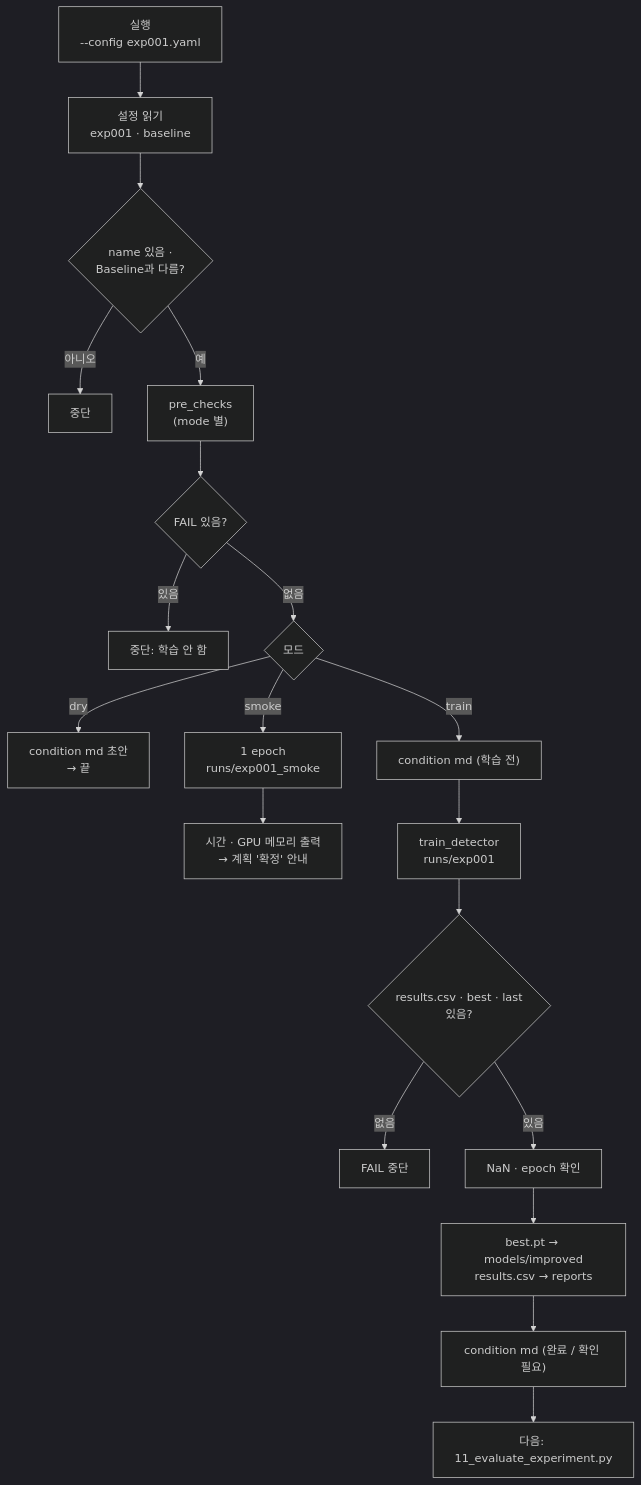
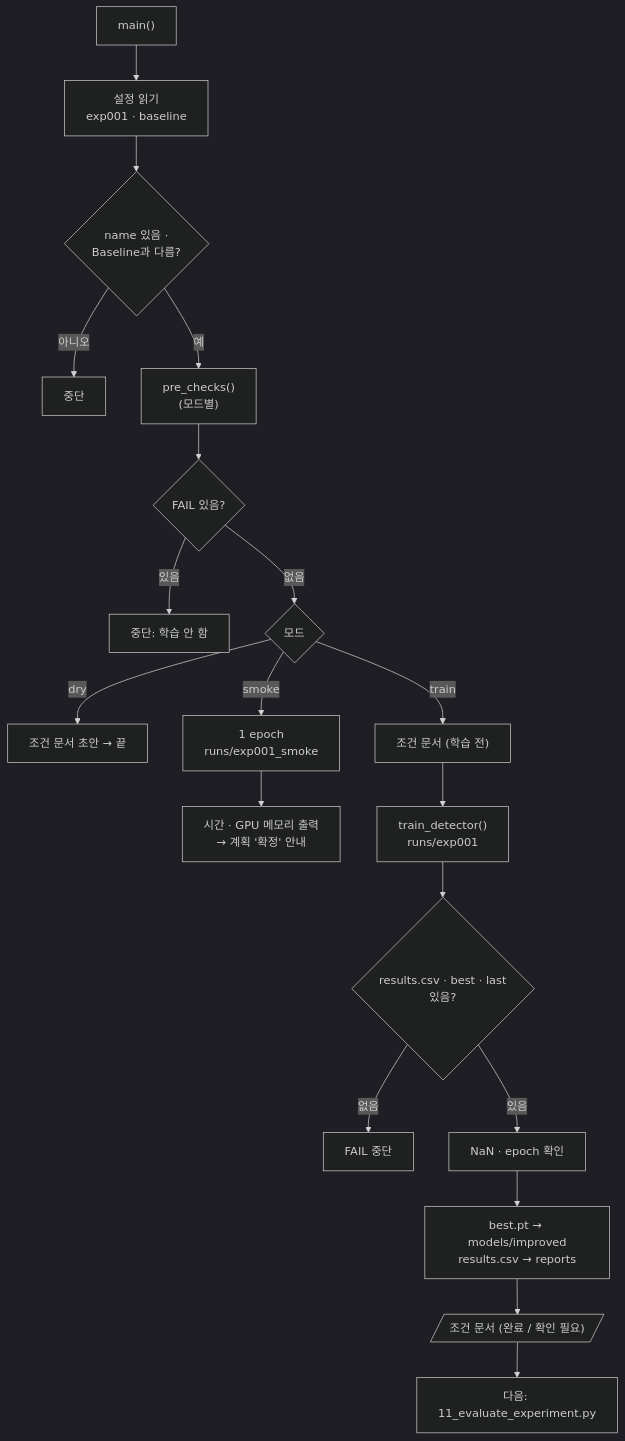
One commit to howolcat/prj2026.10 changed the diagram in prj08/docs/code_review/scripts/10_train_experiment.md. Above: the diagram before and after it, drawn with Mermaid (dark theme). The commit also changed other lines of this file and 8 other files, not shown here.

````diff
--- a/prj08/docs/code_review/scripts/10_train_experiment.md
+++ b/prj08/docs/code_review/scripts/10_train_experiment.md
@@ -60,21 +53,21 @@
 ```mermaid
 flowchart TD
-    A["실행<br/>--config exp001.yaml"] --> B["설정 읽기<br/>exp001 · baseline"]
+    A["main()"] --> B["설정 읽기<br/>exp001 · baseline"]
     B --> C{"name 있음 ·<br/>Baseline과 다름?"}
-    C -- 아니오 --> X1["중단"]
-    C -- 예 --> D["pre_checks<br/>(mode 별)"]
+    C -->|아니오| X1["중단"]
+    C -->|예| D["pre_checks()<br/>(모드별)"]
     D --> E{"FAIL 있음?"}
-    E -- 있음 --> X2["중단: 학습 안 함"]
-    E -- 없음 --> F{"모드"}
-    F -- dry --> G["condition md 초안<br/>→ 끝"]
-    F -- smoke --> H["1 epoch<br/>runs/exp001_smoke"]
+    E -->|있음| X2["중단: 학습 안 함"]
+    E -->|없음| F{"모드"}
+    F -->|dry| G["조건 문서 초안 → 끝"]
+    F -->|smoke| H["1 epoch<br/>runs/exp001_smoke"]
     H --> H2["시간 · GPU 메모리 출력<br/>→ 계획 '확정' 안내"]
-    F -- train --> I["condition md (학습 전)"]
-    I --> J["train_detector<br/>runs/exp001"]
+    F -->|train| I["조건 문서 (학습 전)"]
+    I --> J["train_detector()<br/>runs/exp001"]
     J --> K{"results.csv · best · last<br/>있음?"}
-    K -- 없음 --> X3["FAIL 중단"]
-    K -- 있음 --> L["NaN · epoch 확인"]
+    K -->|없음| X3["FAIL 중단"]
+    K -->|있음| L["NaN · epoch 확인"]
     L --> M["best.pt → models/improved<br/>results.csv → reports"]
-    M --> N["condition md (완료 / 확인 필요)"]
+    M --> N[/"조건 문서 (완료 / 확인 필요)"/]
     N --> O["다음: 11_evaluate_experiment.py"]
 ```
````
